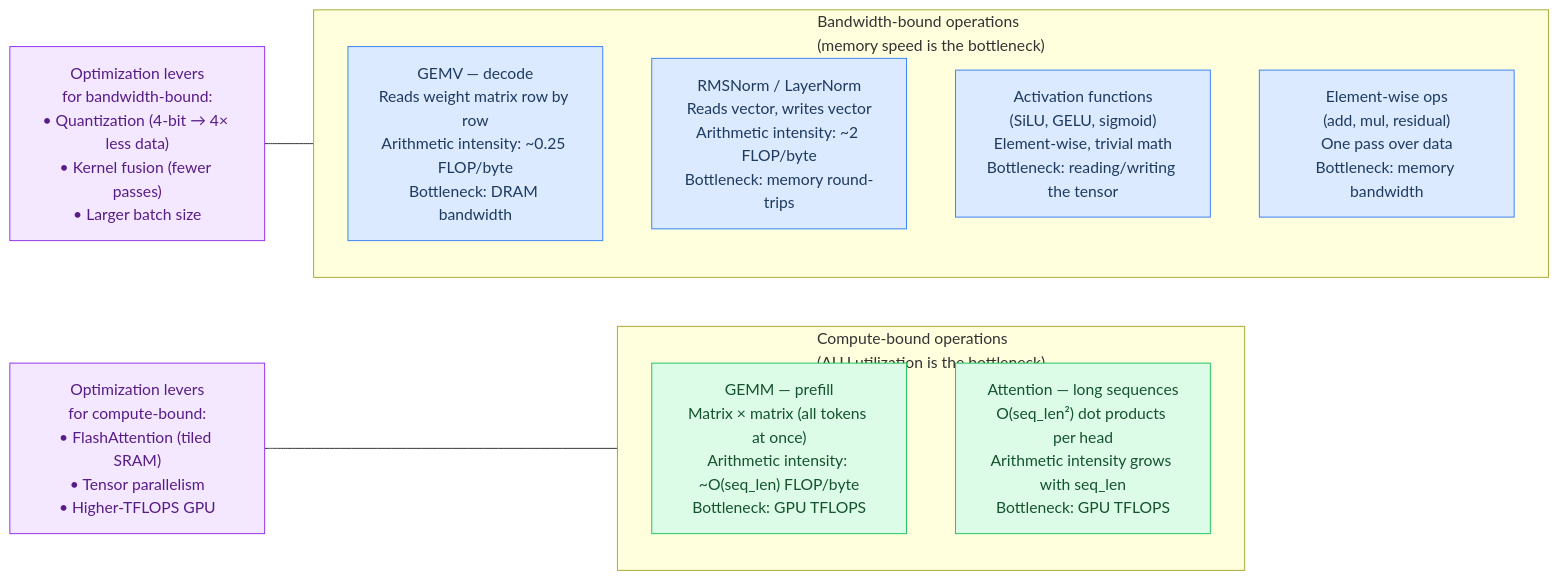
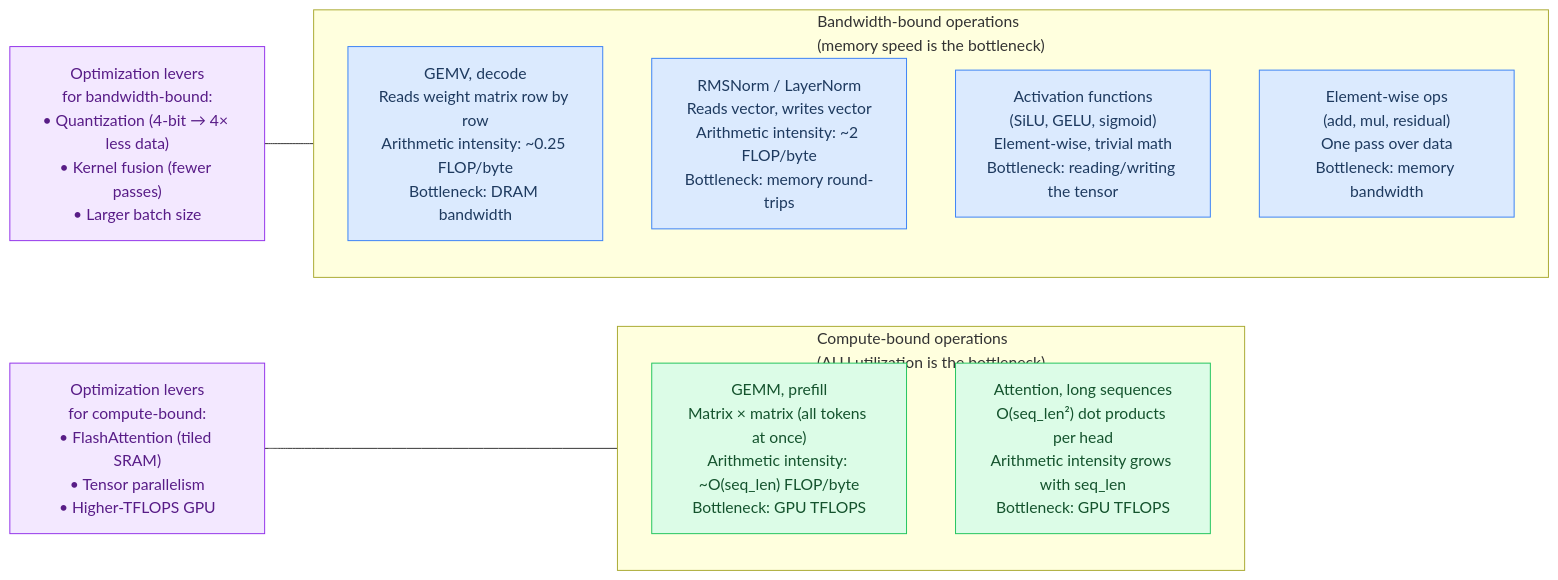
Before and after one commit to maci0/agave: the ninth of 9 diagrams in docs/tutorial/appendix-math.md, drawn with Mermaid. The commit also changed other lines of this file and 196 other files, not shown here.

````diff
--- a/docs/tutorial/appendix-math.md
+++ b/docs/tutorial/appendix-math.md
@@ -670,27 +670,27 @@
 ```mermaid
 flowchart LR
     classDef setup     fill:#dbeafe,stroke:#3b82f6,color:#1e3a5f
     classDef sync      fill:#dcfce7,stroke:#22c55e,color:#14532d
     classDef migration fill:#fef9c3,stroke:#eab308,color:#713f12
     classDef success   fill:#bbf7d0,stroke:#16a34a,color:#14532d
     classDef danger    fill:#fee2e2,stroke:#ef4444,color:#7f1d1d
     classDef optional  fill:#f3e8ff,stroke:#9333ea,color:#581c87
 
     Opt1["Optimization levers\nfor bandwidth-bound:\n• Quantization (4-bit → 4× less data)\n• Kernel fusion (fewer passes)\n• Larger batch size"]:::optional
     Opt2["Optimization levers\nfor compute-bound:\n• FlashAttention (tiled SRAM)\n• Tensor parallelism\n• Higher-TFLOPS GPU"]:::optional
 
     subgraph BW["Bandwidth-bound operations\n(memory speed is the bottleneck)"]
-        GEMV2["GEMV — decode\nReads weight matrix row by row\nArithmetic intensity: ~0.25 FLOP/byte\nBottleneck: DRAM bandwidth"]:::setup
+        GEMV2["GEMV, decode\nReads weight matrix row by row\nArithmetic intensity: ~0.25 FLOP/byte\nBottleneck: DRAM bandwidth"]:::setup
         Norm["RMSNorm / LayerNorm\nReads vector, writes vector\nArithmetic intensity: ~2 FLOP/byte\nBottleneck: memory round-trips"]:::setup
         Activation["Activation functions\n(SiLU, GELU, sigmoid)\nElement-wise, trivial math\nBottleneck: reading/writing the tensor"]:::setup
         ElemWise["Element-wise ops\n(add, mul, residual)\nOne pass over data\nBottleneck: memory bandwidth"]:::setup
     end
 
     subgraph Compute["Compute-bound operations\n(ALU utilization is the bottleneck)"]
-        Prefill["GEMM — prefill\nMatrix × matrix (all tokens at once)\nArithmetic intensity: ~O(seq_len) FLOP/byte\nBottleneck: GPU TFLOPS"]:::sync
-        LongAttn["Attention — long sequences\nO(seq_len²) dot products per head\nArithmetic intensity grows with seq_len\nBottleneck: GPU TFLOPS"]:::sync
+        Prefill["GEMM, prefill\nMatrix × matrix (all tokens at once)\nArithmetic intensity: ~O(seq_len) FLOP/byte\nBottleneck: GPU TFLOPS"]:::sync
+        LongAttn["Attention, long sequences\nO(seq_len²) dot products per head\nArithmetic intensity grows with seq_len\nBottleneck: GPU TFLOPS"]:::sync
     end
 
     Opt1 --- BW
     Opt2 --- Compute
 ```
````
